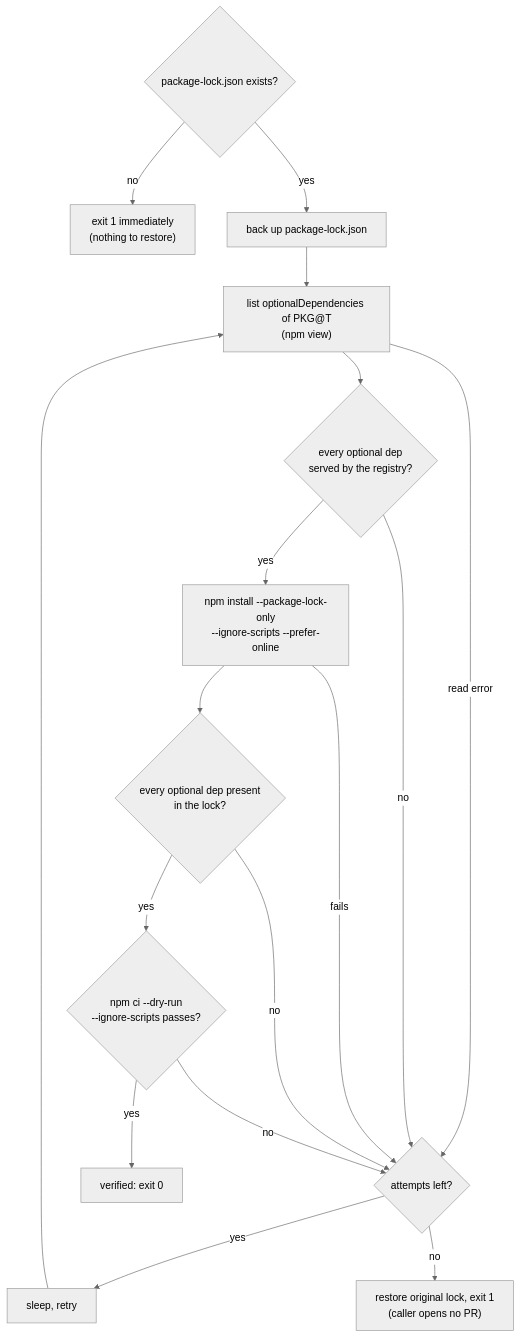
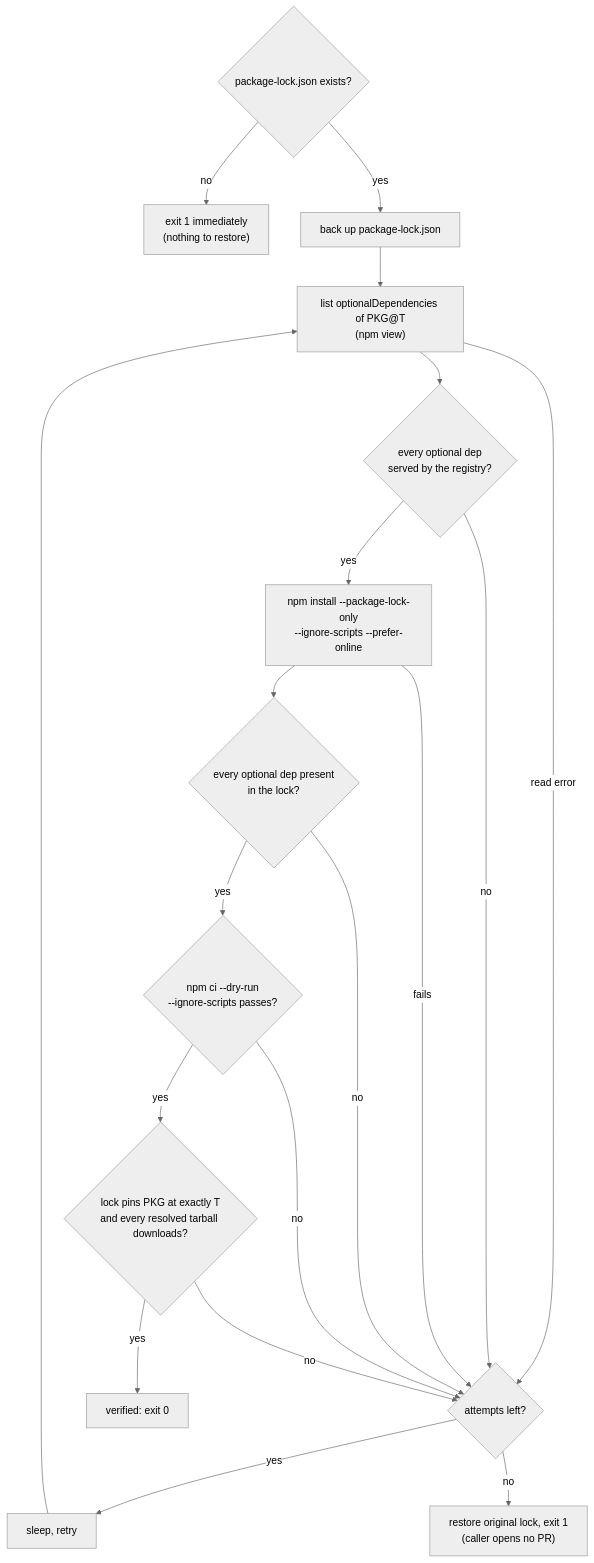
The diagram in actions/npm-relock/README.md (agentcontextdistributionprotocol/acdp-ci), drawn with Mermaid (neutral theme) before and after one commit. The commit also changed other lines of this file and 8 other files, not shown here.

````diff
--- a/actions/npm-relock/README.md
+++ b/actions/npm-relock/README.md
@@ -18,17 +18,19 @@
 ```mermaid
 flowchart TD
   N{"package-lock.json exists?"} -- no --> F0["exit 1 immediately<br/>(nothing to restore)"]
   N -- yes --> S["back up package-lock.json"] --> L["list optionalDependencies of PKG@T<br/>(npm view)"]
   L -- "read error" --> R
   L --> W{"every optional dep<br/>served by the registry?"}
   W -- no --> R
   W -- yes --> K["npm install --package-lock-only<br/>--ignore-scripts --prefer-online"]
   K -- fails --> R
   K --> P{"every optional dep present<br/>in the lock?"}
   P -- no --> R
   P -- yes --> C{"npm ci --dry-run<br/>--ignore-scripts passes?"}
   C -- no --> R
-  C -- yes --> OK["verified: exit 0"]
+  C -- yes --> X{"lock pins PKG at exactly T<br/>and every resolved tarball downloads?"}
+  X -- no --> R
+  X -- yes --> OK["verified: exit 0"]
   R{"attempts left?"} -- yes --> Z["sleep, retry"] --> L
   R -- no --> F["restore original lock, exit 1<br/>(caller opens no PR)"]
 ```
````
